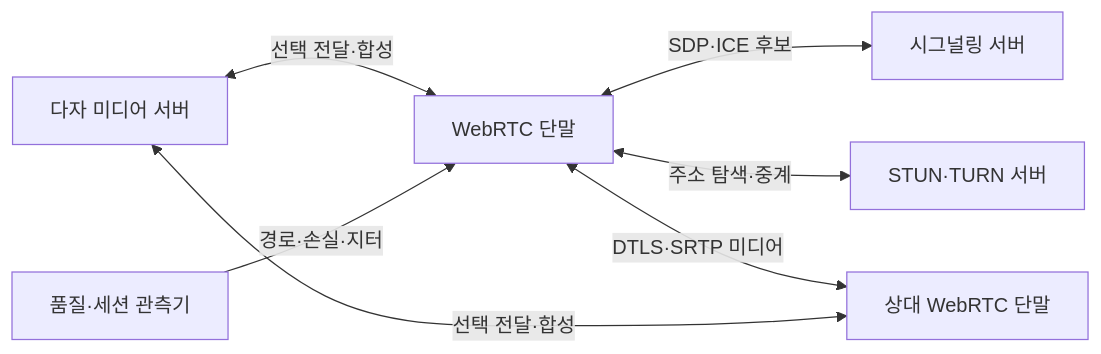
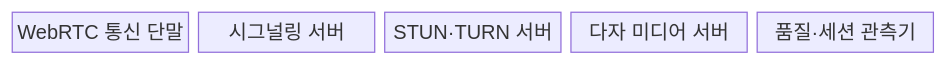
Before and after one commit to agnusdei1207/knowledge-base: the first of 2 diagrams in src/content/docs/notes/04-network/109_webrtc.md, drawn with Mermaid. The commit also changed other lines of this file and 9 other files, not shown here.

````diff
--- a/src/content/docs/notes/04-network/109_webrtc.md
+++ b/src/content/docs/notes/04-network/109_webrtc.md
@@ -58,9 +60,9 @@
 ```mermaid
-flowchart LR
-    A["WebRTC 단말"] <-->|SDP·ICE 후보| B["시그널링 서버"]
-    A <-->|주소 탐색·중계| C["STUN·TURN 서버"]
-    A <-->|DTLS·SRTP 미디어| D["상대 WebRTC 단말"]
-    E["다자 미디어 서버"] <-->|선택 전달·합성| A
-    E <-->|선택 전달·합성| D
-    F["품질·세션 관측기"] -->|경로·손실·지터| A
+block-beta
+    columns 5
+    A["WebRTC 통신 단말"]
+    B["시그널링 서버"]
+    C["STUN·TURN 서버"]
+    D["다자 미디어 서버"]
+    E["품질·세션 관측기"]
 ```
````
